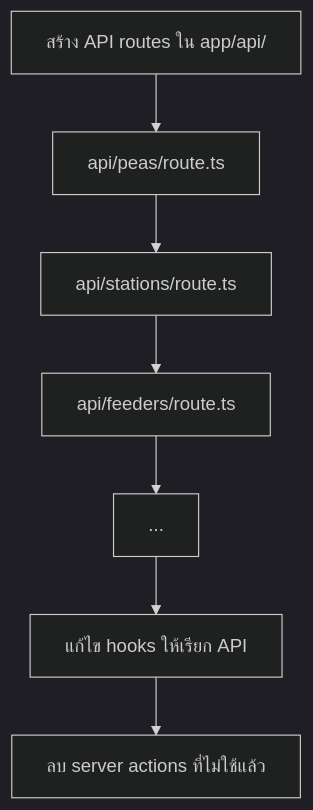
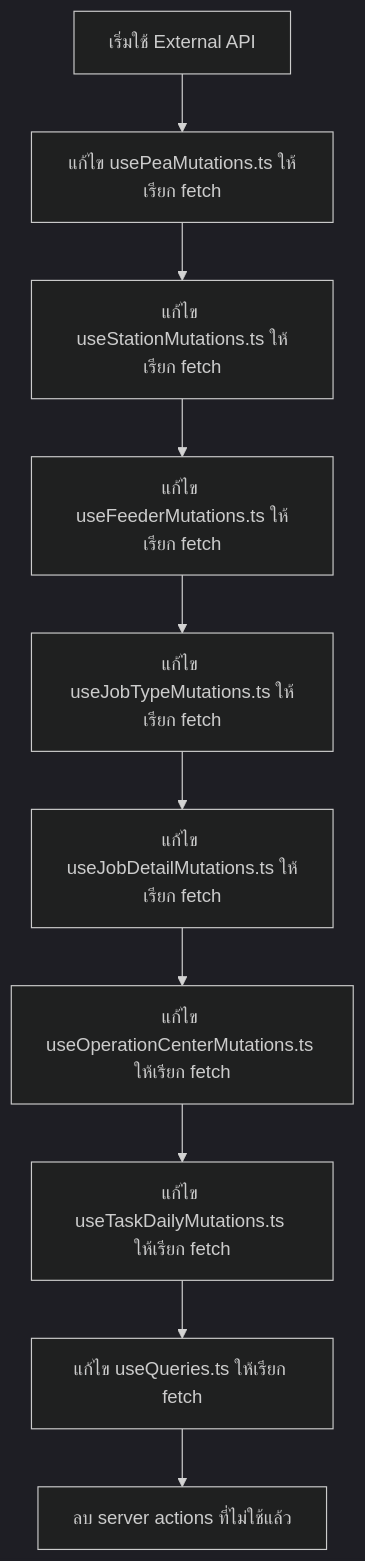
Before and after one commit to Armboy122/hotlines3: the second of 2 diagrams in planev2.md, drawn with Mermaid (dark theme). The commit also changed other lines of this file and 17 other files, not shown here.

First line of the commit message:
Refactor: แปลง Server Actions เป็น Custom Hooks

````diff
--- a/planev2.md
+++ b/planev2.md
@@ -318,9 +321,12 @@
 ```mermaid
 graph TD
-    A[สร้าง API routes ใน app/api/] --> B[api/peas/route.ts]
-    B --> C[api/stations/route.ts]
-    C --> D[api/feeders/route.ts]
-    D --> E[...]
-    E --> F[แก้ไข hooks ให้เรียก API]
-    F --> G[ลบ server actions ที่ไม่ใช้แล้ว]
+    A[เริ่มใช้ External API] --> B[แก้ไข usePeaMutations.ts ให้เรียก fetch]
+    B --> C[แก้ไข useStationMutations.ts ให้เรียก fetch]
+    C --> D[แก้ไข useFeederMutations.ts ให้เรียก fetch]
+    D --> E[แก้ไข useJobTypeMutations.ts ให้เรียก fetch]
+    E --> F[แก้ไข useJobDetailMutations.ts ให้เรียก fetch]
+    F --> G[แก้ไข useOperationCenterMutations.ts ให้เรียก fetch]
+    G --> H[แก้ไข useTaskDailyMutations.ts ให้เรียก fetch]
+    H --> I[แก้ไข useQueries.ts ให้เรียก fetch]
+    I --> J[ลบ server actions ที่ไม่ใช้แล้ว]
 ```
````
